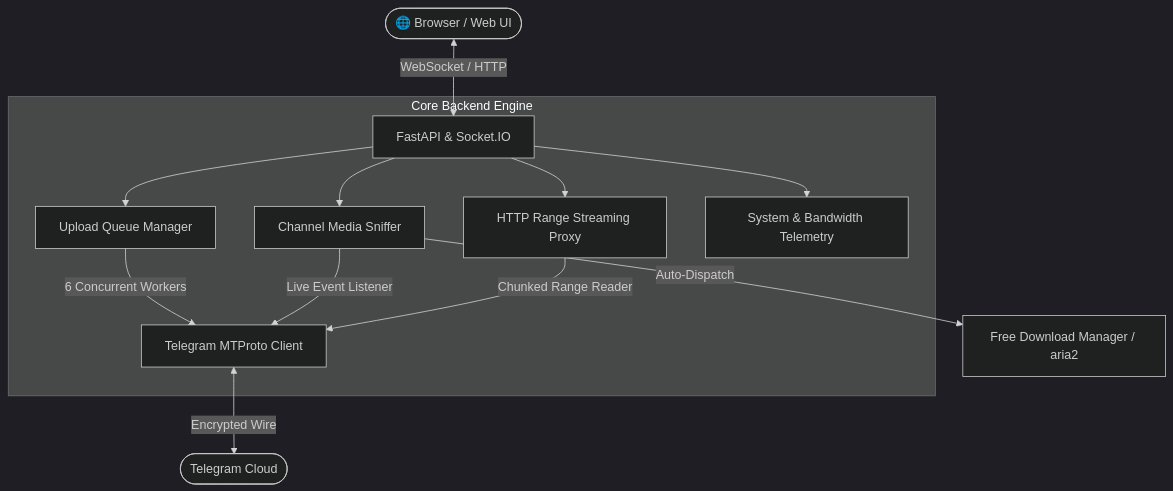
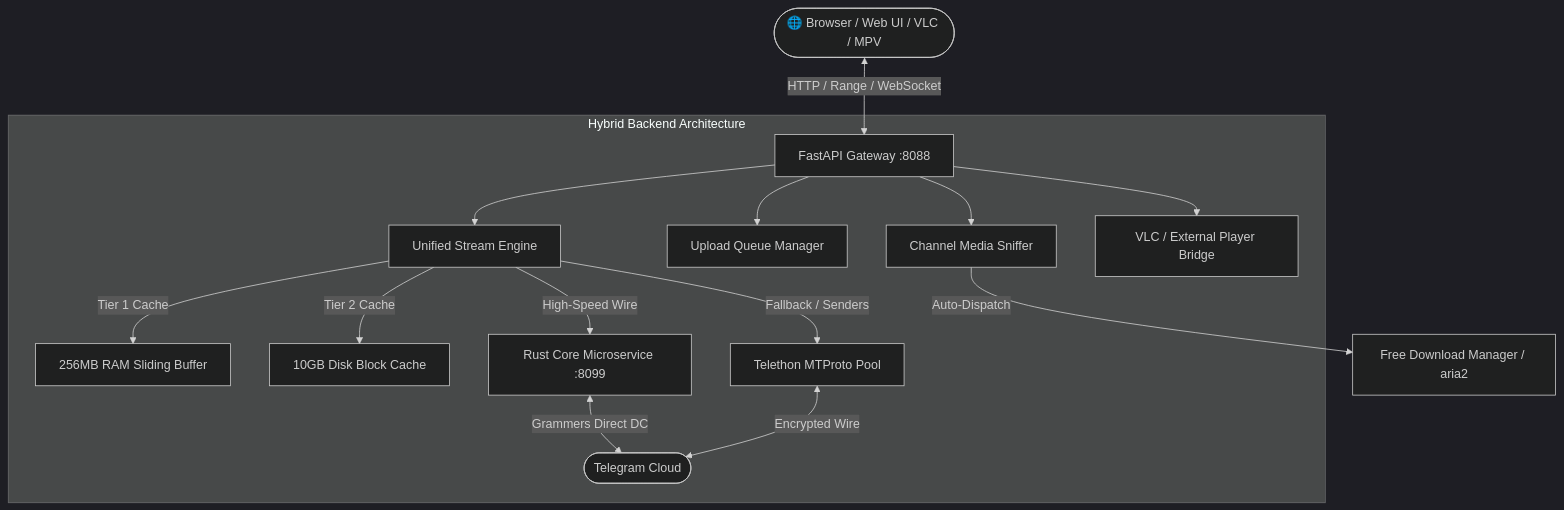
The diagram in README.md (Myselfnandha/Telegram_PCU), drawn with Mermaid (dark theme) before and after one commit. The commit also changed other lines of this file and 113 other files, not shown here.

````diff
--- a/README.md
+++ b/README.md
@@ -22,18 +28,21 @@
 ```mermaid
 graph TD
-    User([🌐 Browser / Web UI]) <-->|WebSocket / HTTP| API[FastAPI & Socket.IO]
+    User([🌐 Browser / Web UI / VLC / MPV]) <-->|HTTP / Range / WebSocket| API[FastAPI Gateway :8088]
     
-    subgraph "Core Backend Engine"
+    subgraph "Hybrid Backend Architecture"
+        API --> Engine[Unified Stream Engine]
         API --> Queue[Upload Queue Manager]
         API --> Sniffer[Channel Media Sniffer]
-        API --> Proxy[HTTP Range Streaming Proxy]
-        API --> Telemetry[System & Bandwidth Telemetry]
+        API --> VlcBridge[VLC / External Player Bridge]
         
-        Queue -->|6 Concurrent Workers| MTProto[Telegram MTProto Client]
-        Sniffer -->|Live Event Listener| MTProto
-        Proxy -->|Chunked Range Reader| MTProto
+        Engine -->|Tier 1 Cache| RamBuf[256MB RAM Sliding Buffer]
+        Engine -->|Tier 2 Cache| DiskCache[10GB Disk Block Cache]
+        Engine -->|High-Speed Wire| RustCore[Rust Core Microservice :8099]
+        Engine -->|Fallback / Senders| PyMTProto[Telethon MTProto Pool]
+        
+        RustCore <-->|Grammers Direct DC| TG([Telegram Cloud])
+        PyMTProto <-->|Encrypted Wire| TG
     end
     
     Sniffer -->|Auto-Dispatch| FDM[Free Download Manager / aria2]
-    MTProto <-->|Encrypted Wire| TG([Telegram Cloud])
 ```
````
